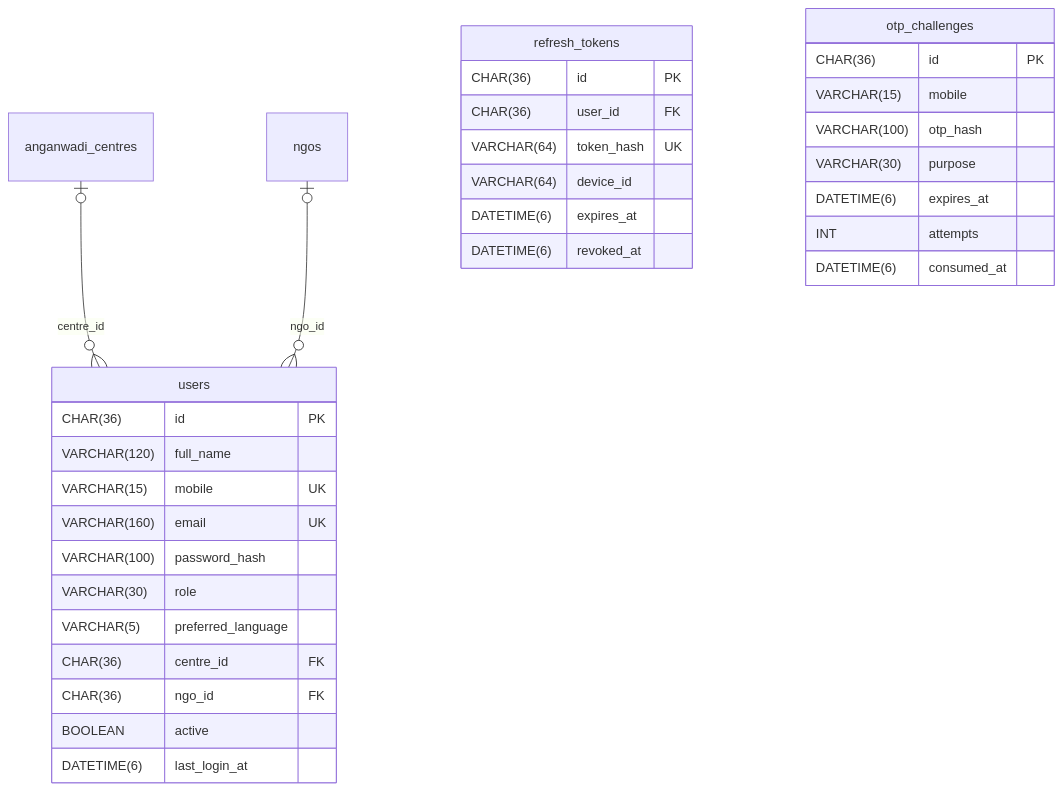
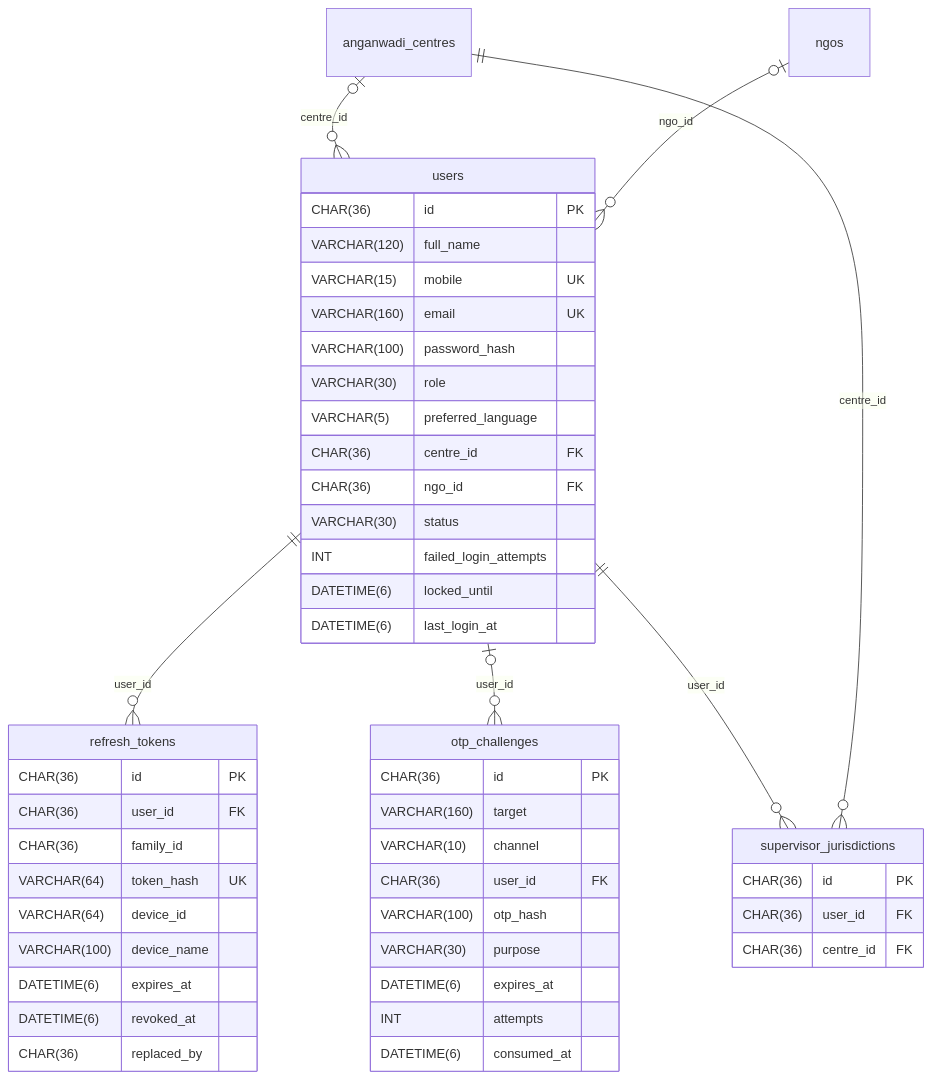
One commit to Harshit-Maurya838/jansetu-ai changed the first of 5 diagrams in docs/modules/01-authentication.md. Above: the diagram before and after it, drawn with Mermaid. The commit also changed other lines of this file and 5 other files, not shown here.

````diff
--- a/docs/modules/01-authentication.md
+++ b/docs/modules/01-authentication.md
@@ -74,35 +78,51 @@
 ```mermaid
 erDiagram
     anganwadi_centres |o--o{ users : "centre_id"
     ngos |o--o{ users : "ngo_id"
+    users ||--o{ refresh_tokens : "user_id"
+    users |o--o{ otp_challenges : "user_id"
+    users ||--o{ supervisor_jurisdictions : "user_id"
+    anganwadi_centres ||--o{ supervisor_jurisdictions : "centre_id"
     users {
         CHAR(36) id PK
         VARCHAR(120) full_name
         VARCHAR(15) mobile UK
         VARCHAR(160) email UK
         VARCHAR(100) password_hash
         VARCHAR(30) role
         VARCHAR(5) preferred_language
         CHAR(36) centre_id FK
         CHAR(36) ngo_id FK
-        BOOLEAN active
+        VARCHAR(30) status
+        INT failed_login_attempts
+        DATETIME(6) locked_until
         DATETIME(6) last_login_at
     }
     refresh_tokens {
         CHAR(36) id PK
         CHAR(36) user_id FK
+        CHAR(36) family_id
         VARCHAR(64) token_hash UK
         VARCHAR(64) device_id
+        VARCHAR(100) device_name
         DATETIME(6) expires_at
         DATETIME(6) revoked_at
+        CHAR(36) replaced_by
     }
     otp_challenges {
         CHAR(36) id PK
-        VARCHAR(15) mobile
+        VARCHAR(160) target
+        VARCHAR(10) channel
+        CHAR(36) user_id FK
         VARCHAR(100) otp_hash
         VARCHAR(30) purpose
         DATETIME(6) expires_at
         INT attempts
         DATETIME(6) consumed_at
     }
+    supervisor_jurisdictions {
+        CHAR(36) id PK
+        CHAR(36) user_id FK
+        CHAR(36) centre_id FK
+    }
 ```
````
